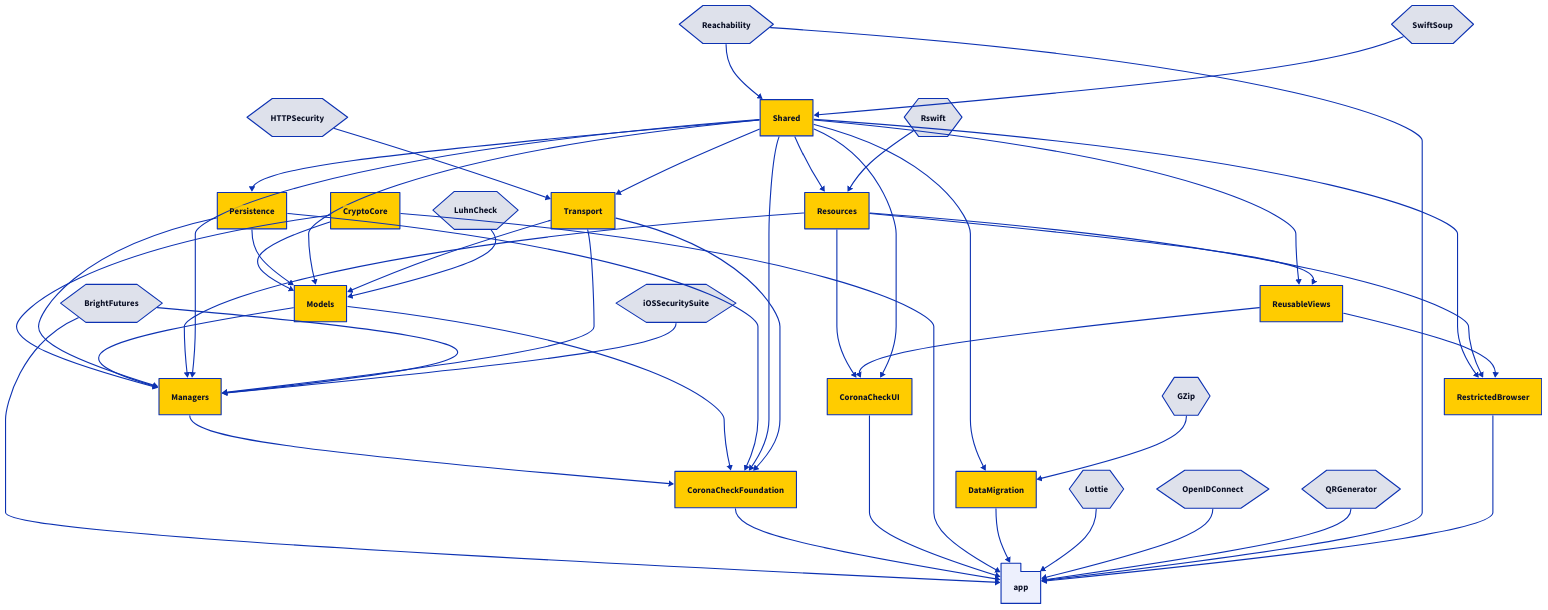
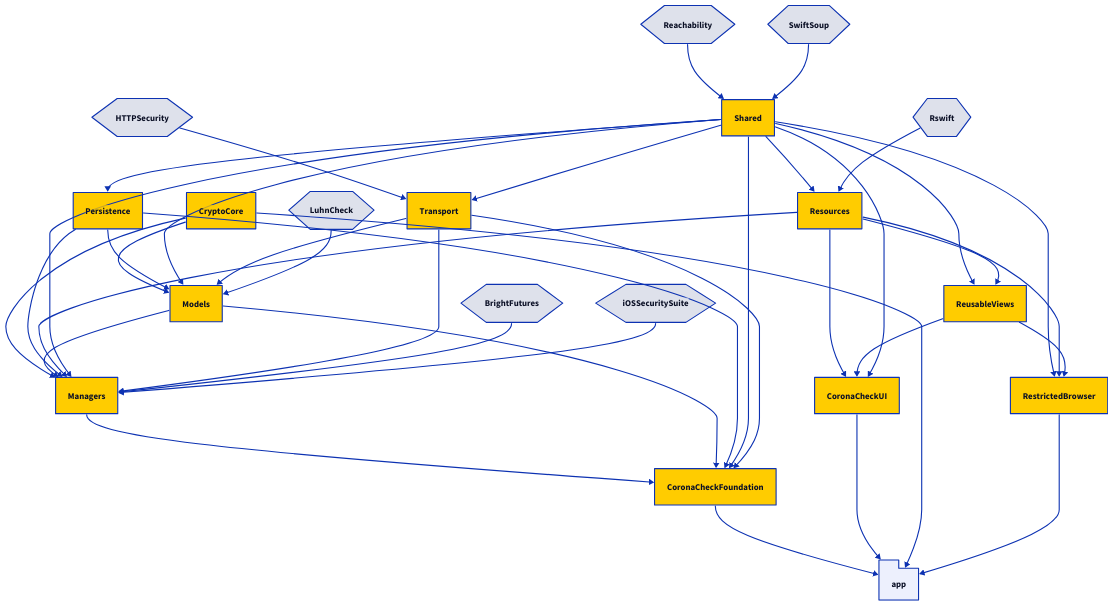
Before and after one commit to minvws/nl-covid19-coronacheck-app-ios: the diagram in Diagrams/packages-withouttests.d2, drawn with D2. The commit also changed 1 other file, not shown here.

Commit message:
5708: Updated dependency graph

```diff
--- a/Diagrams/packages-withouttests.d2
+++ b/Diagrams/packages-withouttests.d2
@@ -1,114 +1,92 @@
 direction: down
 
 # Third-Party
 Rswift: {
   shape: hexagon
 }
 Reachability: {
   shape: hexagon
 }
 BrightFutures: {
   shape: hexagon
 }
 HTTPSecurity: {
   shape: hexagon
 }
 LuhnCheck: {
   shape: hexagon
 }
 iOSSecuritySuite: {
   shape: hexagon
 }
-Lottie: {
-  shape: hexagon
-}
-QRGenerator: {
-  shape: hexagon
-}
-OpenIDConnect: {
-  shape: hexagon
-}
 SwiftSoup: {
-  shape: hexagon
-}
-GZip: {
   shape: hexagon
 }
 
 # The application
 
 app: {
   shape: package
 }
 
-app <- BrightFutures
 app <- CoronaCheckFoundation
 app <- CoronaCheckUI
 app <- CryptoCore
-app <- DataMigration
-app <- Lottie
-app <- OpenIDConnect
-app <- QRGenerator
-app <- Reachability
 app <- RestrictedBrowser
 
 # - Packages - 
 
 CoronaCheckFoundation { style.fill: "#ffcc00" }
 CoronaCheckFoundation <- Managers
 CoronaCheckFoundation <- Models
 CoronaCheckFoundation <- Persistence
 CoronaCheckFoundation <- Shared
 CoronaCheckFoundation <- Transport
 
 CoronaCheckUI { style.fill: "#ffcc00" }
 CoronaCheckUI <- Resources
 CoronaCheckUI <- ReusableViews
 CoronaCheckUI <- Shared
 
 CryptoCore { style.fill: "#ffcc00" }
-
-DataMigration { style.fill: "#ffcc00" }
-DataMigration <- Shared
-DataMigration <- GZip
 
 Managers { style.fill: "#ffcc00" }
 Managers <- CryptoCore
 Managers <- Models
 Managers <- Persistence
 Managers <- Resources
 Managers <- Shared
 Managers <- Transport
 Managers <- BrightFutures
 Managers <- iOSSecuritySuite
 
 Models { style.fill: "#ffcc00" }
 Models <- CryptoCore
 Models <- Persistence
 Models <- Shared
 Models <- Transport
 Models <- LuhnCheck
 
 Persistence { style.fill: "#ffcc00" }
 Persistence <- Shared
 
 Resources { style.fill: "#ffcc00" }
 Resources <- Shared
 Resources <- Rswift
 
 RestrictedBrowser { style.fill: "#ffcc00" }
 RestrictedBrowser <- Shared
 RestrictedBrowser <- Resources
 RestrictedBrowser <- ReusableViews
 
 ReusableViews { style.fill: "#ffcc00" }
 ReusableViews <- Shared
 ReusableViews <- Resources
 
 Shared { style.fill: "#ffcc00" }
 Shared <- Reachability
 Shared <- SwiftSoup
 
 Transport { style.fill: "#ffcc00" }
 Transport <- HTTPSecurity
 Transport <- Shared
```
